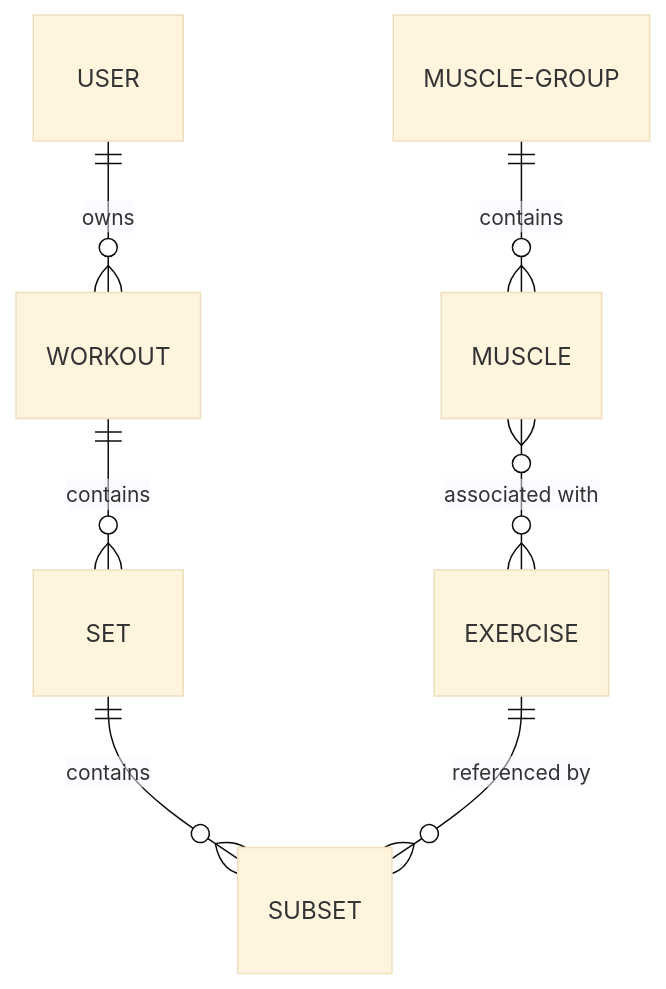
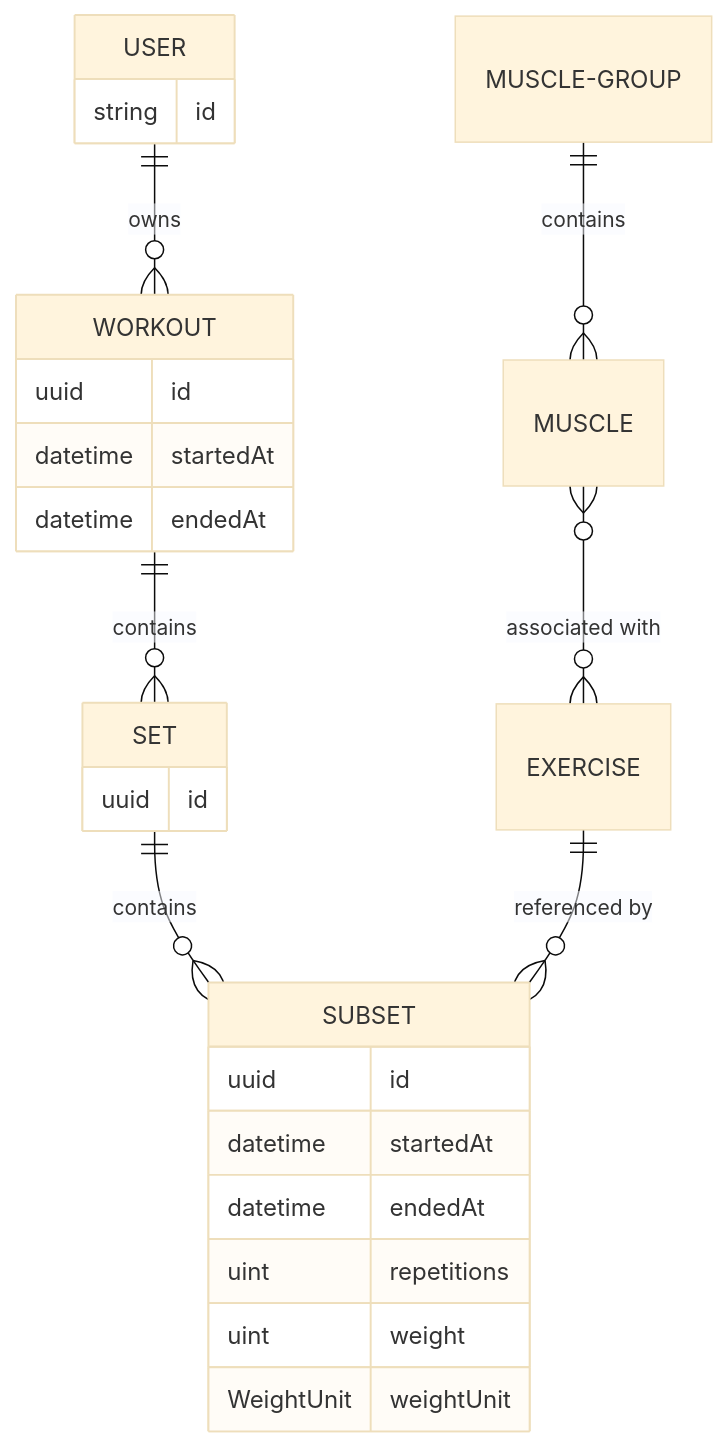
One commit to toivjon/max-pondus changed the diagram in docs/entities.md. Above: the diagram before and after it, drawn with Mermaid (base theme). The commit also changed other lines of this file, not shown here.

````diff
--- a/docs/entities.md
+++ b/docs/entities.md
@@ -13,9 +13,32 @@
 ```mermaid
 erDiagram
   USER         ||--o{ WORKOUT  : "owns"
   WORKOUT      ||--o{ SET      : "contains"
   SET          ||--o{ SUBSET   : "contains"
   MUSCLE-GROUP ||--o{ MUSCLE   : "contains"
   MUSCLE       }o--o{ EXERCISE : "associated with" 
   EXERCISE     ||--o{ SUBSET   : "referenced by"
+
+  USER {
+    string id
+  }
+
+  WORKOUT {
+    uuid     id
+    datetime startedAt
+    datetime endedAt
+  }
+
+  SET {
+    uuid id
+  }
+
+  SUBSET {
+    uuid       id
+    datetime   startedAt
+    datetime   endedAt
+    uint       repetitions
+    uint       weight
+    WeightUnit weightUnit
+  }
 ```
````
